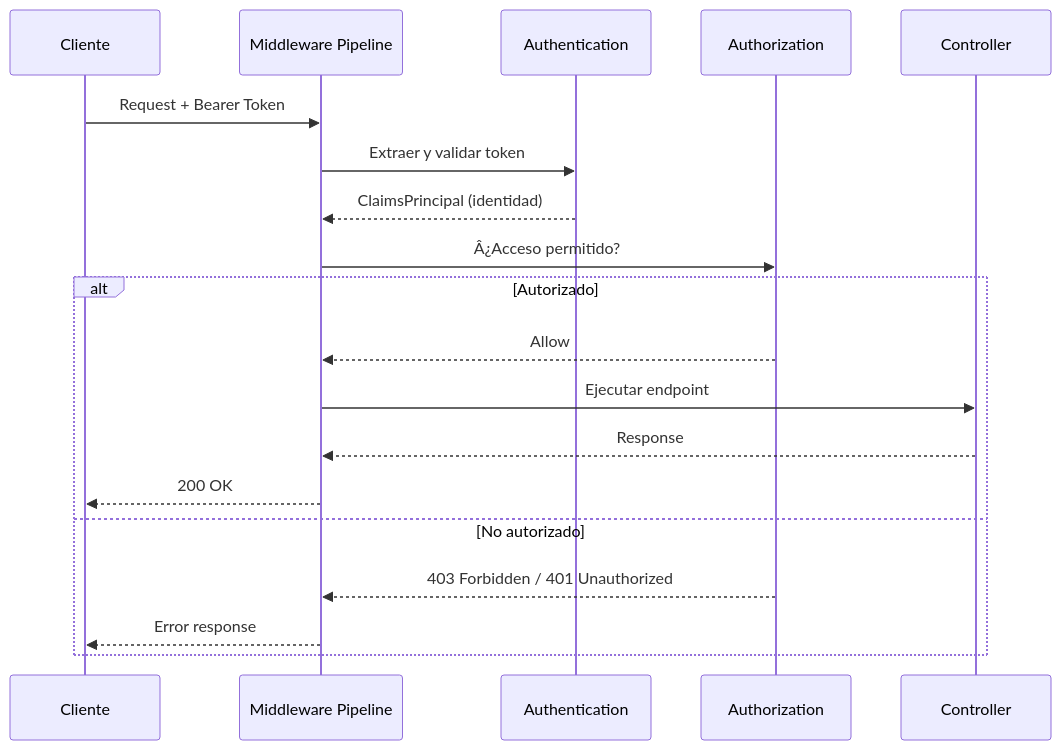
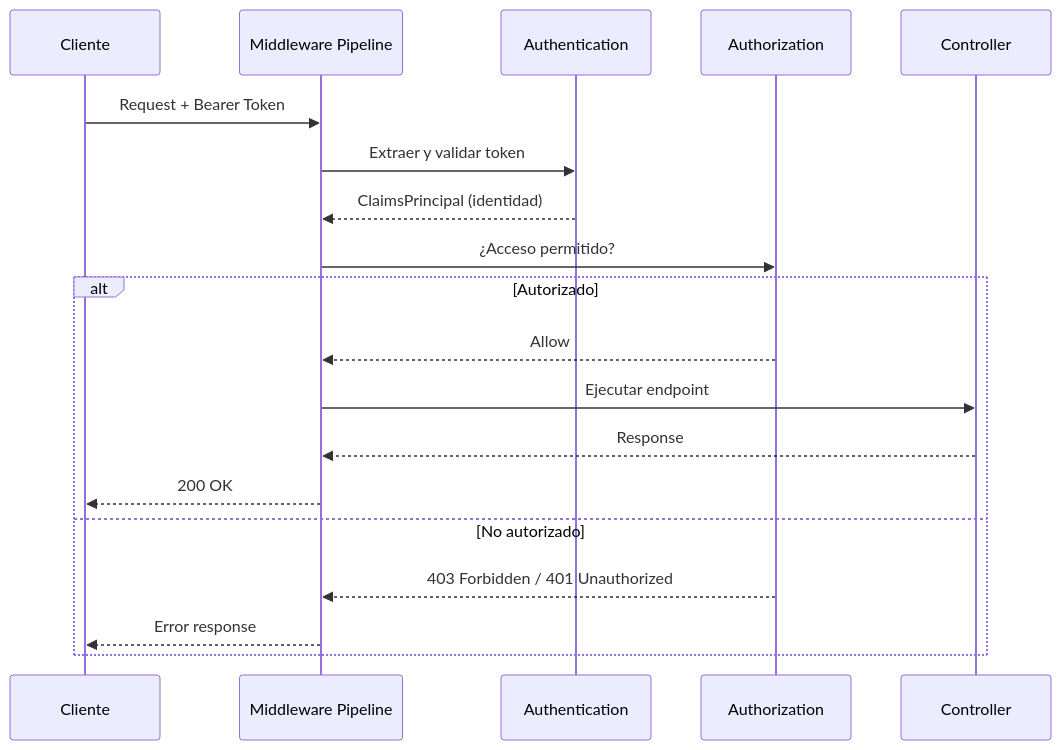
One commit to joseluisgs/TiendaDawApi-Cqrs-MediatR-NetCore changed the second of 5 diagrams in doc/18-autorizacion-roles.md. Above: the diagram before and after it, drawn with Mermaid. The commit also changed other lines of this file and 27 other files, not shown here.

````diff
--- a/doc/18-autorizacion-roles.md
+++ b/doc/18-autorizacion-roles.md
@@ -74,23 +74,23 @@
 ```mermaid
 sequenceDiagram
     participant C as Cliente
     participant M as Middleware Pipeline
     participant Auth as Authentication
     participant Authz as Authorization
     participant Ctrl as Controller
 
     C->>M: Request + Bearer Token
     M->>Auth: Extraer y validar token
     Auth-->>M: ClaimsPrincipal (identidad)
-    M->>Authz: Â¿Acceso permitido?
+    M->>Authz: ¿Acceso permitido?
     
     alt Autorizado
         Authz-->>M: Allow
         M->>Ctrl: Ejecutar endpoint
         Ctrl-->>M: Response
         M-->>C: 200 OK
     else No autorizado
         Authz-->>M: 403 Forbidden / 401 Unauthorized
         M-->>C: Error response
     end
 ```
````
